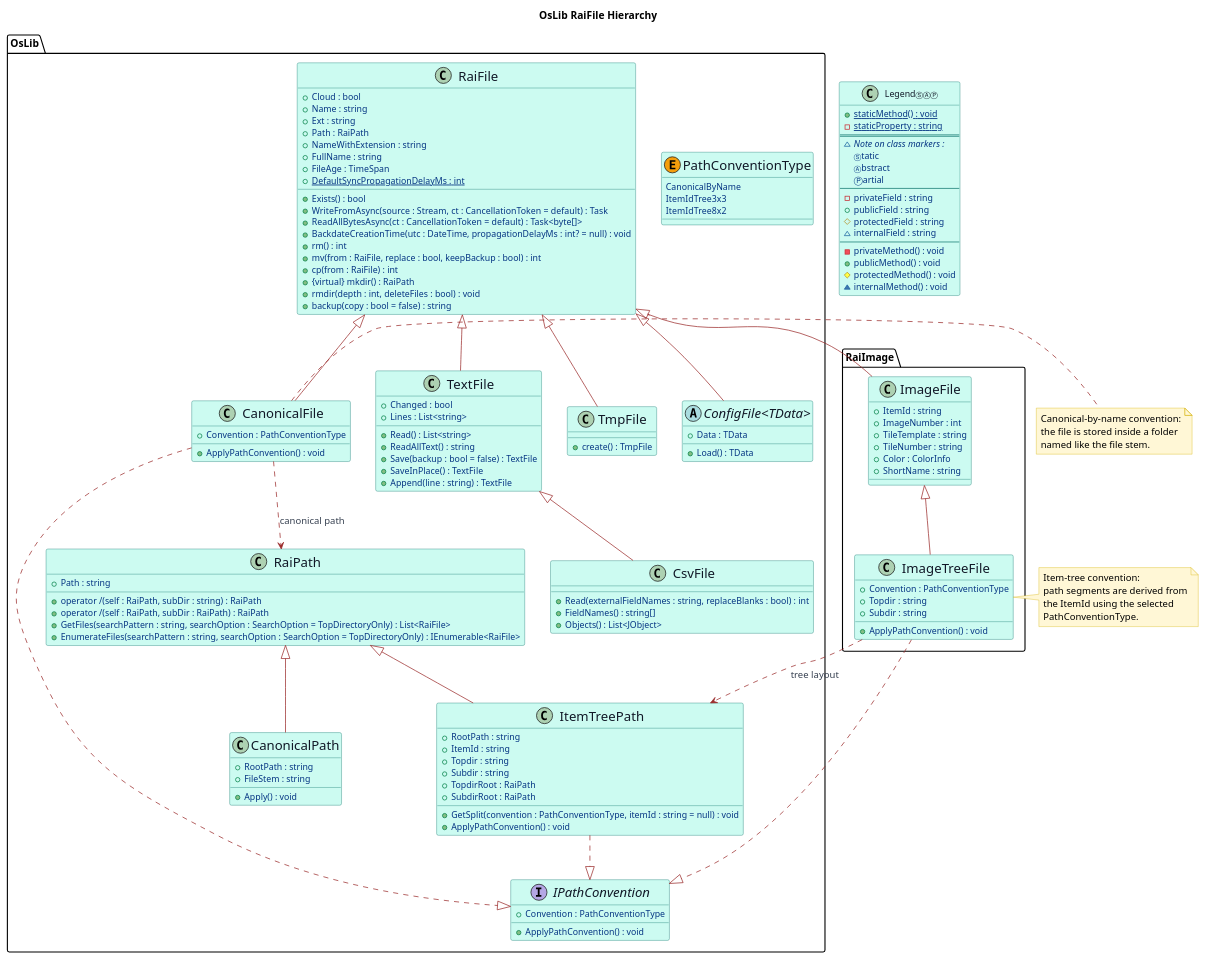
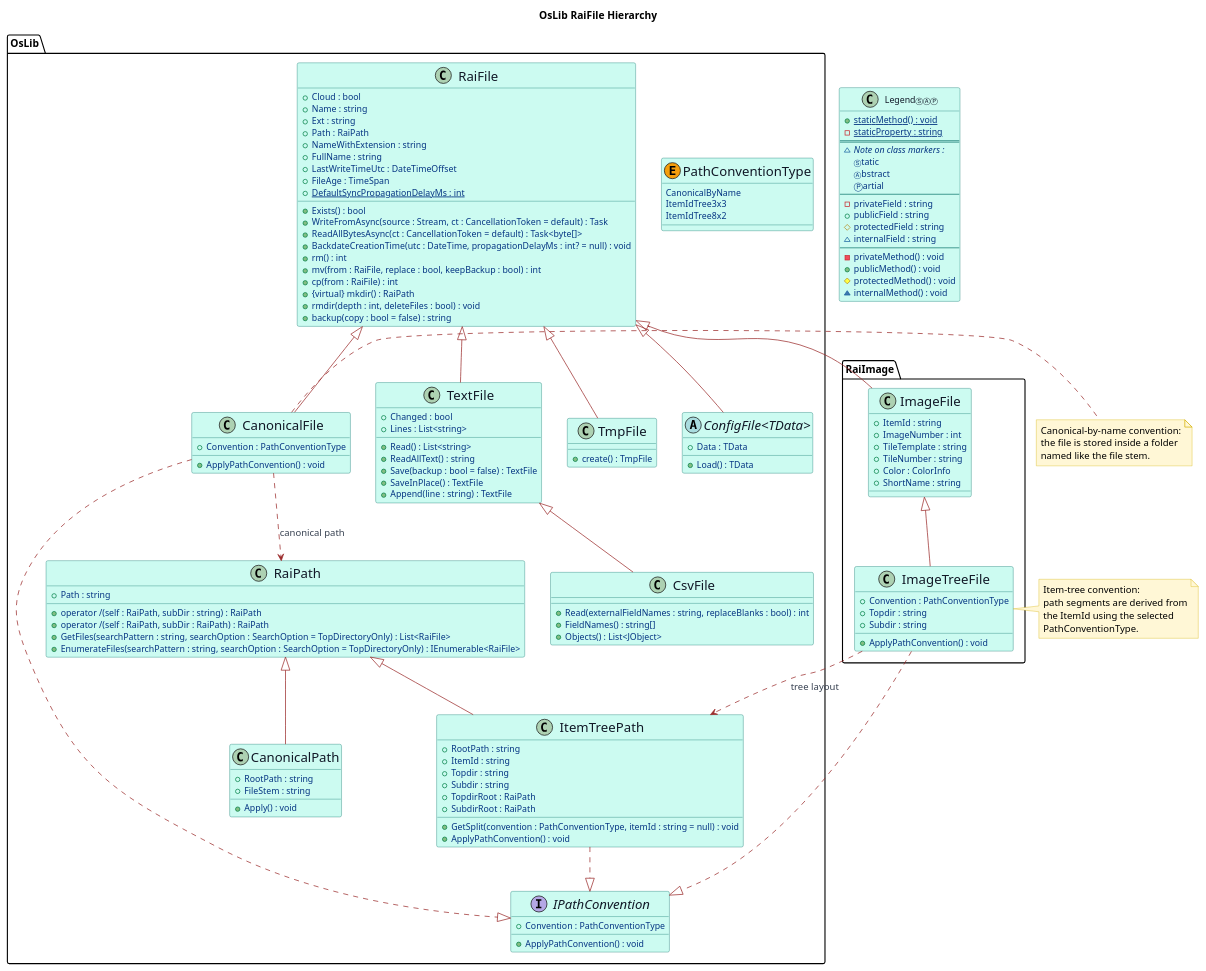
One commit to Burkhardt/OsLib changed the diagram in RaiFile-Hierarchy.puml. Above: the diagram before and after it, drawn with PlantUML. The commit also changed 7 other files, not shown here.

```diff
--- a/RaiFile-Hierarchy.puml
+++ b/RaiFile-Hierarchy.puml
@@ -1,194 +1,195 @@
 @startuml OsLib-RaiFile-Hierarchy
 ' Release: 3.13.1
 
 title OsLib RaiFile Hierarchy
 
 skinparam backgroundColor white
 skinparam shadowing false
 skinparam DiagramFontName "Casual"
 skinparam DiagramFontSize 36
 skinparam ClassFontName "Casual"
 skinparam ClassFontSize 36
 skinparam ClassAttributeIconSize 10
 skinparam ClassAttributeFontName Casual
 skinparam ClassAttributeFontColor #053583
 skinparam ClassAttributeFontWeight normal
 skinparam ClassAttributeFontSize 12
 skinparam ClassMethodFontName "Casual"
 skinparam ClassMethodFontSize 12
 skinparam ClassMethodFontWeight 500
 skinparam ClassAttributeFontStyle normal
 skinparam ClassBorderColor #0f766e
 skinparam ClassBackgroundColor #ccfbf1
 skinparam ClassFontColor #111827
 skinparam EnumBorderColor #b45309
 skinparam EnumBackgroundColor #fef3c7
 skinparam EnumFontColor #7c2d12
 skinparam NoteBackgroundColor #fff7d6
 skinparam NoteBorderColor #d4b106
 skinparam ArrowColor #9b2c2c
 skinparam ArrowFontColor #374151
 skinparam ArrowFontName "Casual"
 
 show fields
 show methods
 
 package "OsLib" {
 	interface "<size:18>IPathConvention</size>" as IPathConvention {
 		+Convention : PathConventionType
 		+ApplyPathConvention() : void
 	}
 
 	enum "<size:18>PathConventionType</size>" as PathConventionType << (E,#f59e0b) >> {
 		CanonicalByName
 		ItemIdTree3x3
 		ItemIdTree8x2
 	}
 
 	class "<size:18>RaiPath</size>" as RaiPath {
 		+Path : string
 		+operator /(self : RaiPath, subDir : string) : RaiPath
 		+operator /(self : RaiPath, subDir : RaiPath) : RaiPath
 		+GetFiles(searchPattern : string, searchOption : SearchOption = TopDirectoryOnly) : List<RaiFile>
 		+EnumerateFiles(searchPattern : string, searchOption : SearchOption = TopDirectoryOnly) : IEnumerable<RaiFile>
 	}
 
 	class "<size:18>CanonicalPath</size>" as CanonicalPath {
 		+RootPath : string
 		+FileStem : string
 		+Apply() : void
 	}
 
 	class "<size:18>ItemTreePath</size>" as ItemTreePath {
 		+RootPath : string
 		+ItemId : string
 		+Topdir : string
 		+Subdir : string
 		+TopdirRoot : RaiPath
 		+SubdirRoot : RaiPath
 		+GetSplit(convention : PathConventionType, itemId : string = null) : void
 		+ApplyPathConvention() : void
 	}
 
 	class "<size:18>RaiFile</size>" as RaiFile {
 		+Cloud : bool
 		+Name : string
 		+Ext : string
 		+Path : RaiPath
 		+NameWithExtension : string
 		+FullName : string
+		+LastWriteTimeUtc : DateTimeOffset
 		+FileAge : TimeSpan
 		+{static} DefaultSyncPropagationDelayMs : int
 		+Exists() : bool
 		+WriteFromAsync(source : Stream, ct : CancellationToken = default) : Task
 		+ReadAllBytesAsync(ct : CancellationToken = default) : Task<byte[]>
 		+BackdateCreationTime(utc : DateTime, propagationDelayMs : int? = null) : void
 		+rm() : int
 		+mv(from : RaiFile, replace : bool, keepBackup : bool) : int
 		+cp(from : RaiFile) : int
 		+{virtual} mkdir() : RaiPath
 		+rmdir(depth : int, deleteFiles : bool) : void
 		+backup(copy : bool = false) : string
 	}
 
 	class "<size:18>TextFile</size>" as TextFile {
 		+Changed : bool
 		+Lines : List<string>
 		+Read() : List<string>
 		+ReadAllText() : string
 		+Save(backup : bool = false) : TextFile
 		+SaveInPlace() : TextFile
 		+Append(line : string) : TextFile
 	}
 
 	class "<size:18>CsvFile</size>" as CsvFile {
 		+Read(externalFieldNames : string, replaceBlanks : bool) : int
 		+FieldNames() : string[]
 		+Objects() : List<JObject>
 	}
 
 	class "<size:18>TmpFile</size>" as TmpFile {
 		+create() : TmpFile
 	}
 
 	class "<size:18>CanonicalFile</size>" as CanonicalFile {
 		+Convention : PathConventionType
 		+ApplyPathConvention() : void
 	}
 
 	abstract class "<size:18>ConfigFile<TData></size>" as ConfigFile {
 		+Data : TData
 		+Load() : TData
 	}
 }
 
 package "RaiImage" {
 	class "<size:18>ImageFile</size>" as ImageFile {
 		+ItemId : string
 		+ImageNumber : int
 		+TileTemplate : string
 		+TileNumber : string
 		+Color : ColorInfo
 		+ShortName : string
 	}
 
 	class "<size:18>ImageTreeFile</size>" as ImageTreeFile {
 		+Convention : PathConventionType
 		+Topdir : string
 		+Subdir : string
 		+ApplyPathConvention() : void
 	}
 }
 
 CanonicalFile ..|> IPathConvention
 ImageTreeFile ..|> IPathConvention
 ItemTreePath ..|> IPathConvention
 
 RaiPath <|-- CanonicalPath
 RaiPath <|-- ItemTreePath
 
 RaiFile <|-- TextFile
 TextFile <|-- CsvFile
 RaiFile <|-- TmpFile
 RaiFile <|-- CanonicalFile
 RaiFile <|-- ConfigFile
 RaiFile <|-- ImageFile
 ImageFile <|-- ImageTreeFile
 
 CanonicalFile ..> RaiPath : canonical path
 ImageTreeFile ..> ItemTreePath : tree layout
 
 class "Legend<size:10>ⓈⒶⓅ</size>" as LegendSample {
 	+{static} staticMethod() : void
 	-{static} staticProperty : string
 	==
 	~<i>Note on class markers :</i>
 	<size:10>Ⓢ</size>tatic
 	<size:10>Ⓐ</size>bstract
 	Ⓟartial
 	--
 	- privateField : string
 	+ publicField : string
 	# protectedField : string
 	~ internalField : string
 	--
 	- privateMethod() : void
 	+ publicMethod() : void
 	# protectedMethod() : void
 	~ internalMethod() : void
 }
 
 note right of CanonicalFile
 	Canonical-by-name convention:
 	the file is stored inside a folder
 	named like the file stem.
 end note
 
 note right of ImageTreeFile
 	Item-tree convention:
 	path segments are derived from
 	the ItemId using the selected
 	PathConventionType.
 end note
 
 @enduml
```
